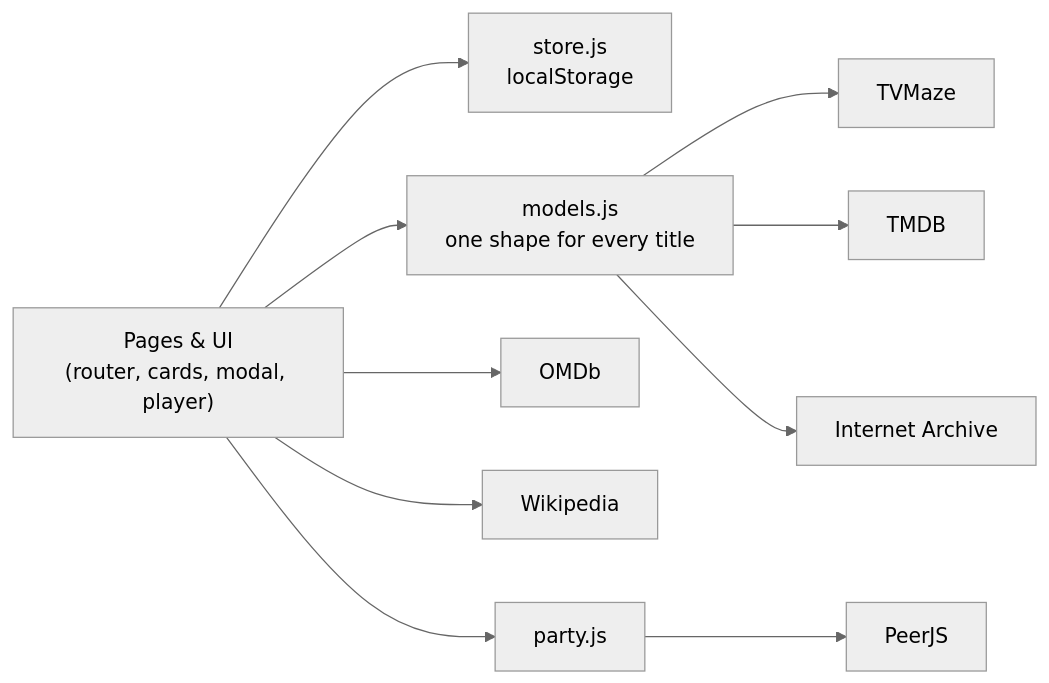
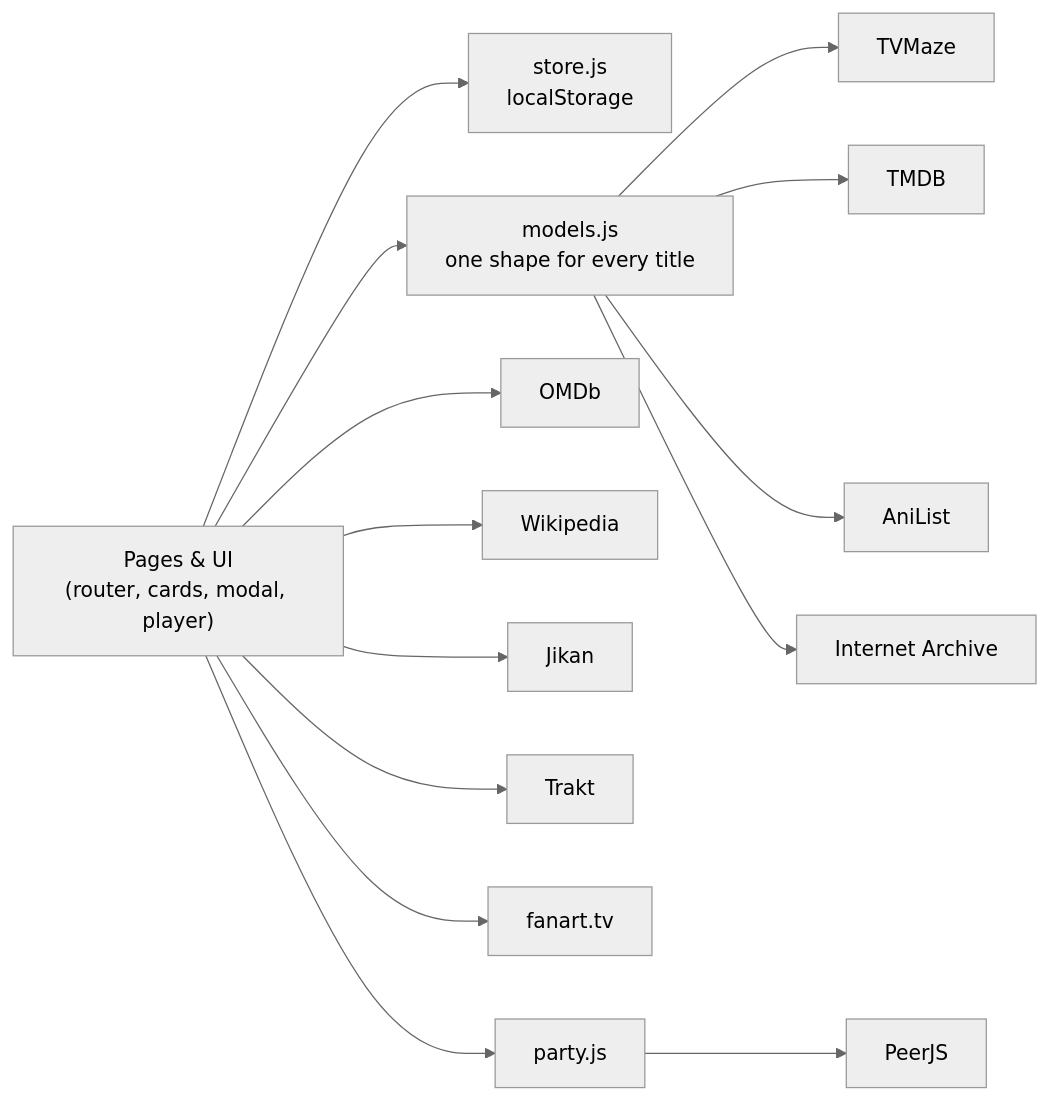
The diagram in README.md (ammara-tech/myflix), drawn with Mermaid (neutral theme) before and after one commit. The commit also changed other lines of this file and 21 other files, not shown here.

First line of the commit message:
Add Anime page (AniList + Jikan), Trakt trending rows, fanart.tv logos

````diff
--- a/README.md
+++ b/README.md
@@ -125,8 +142,8 @@
 ```mermaid
 flowchart LR
     UI["Pages & UI<br/>(router, cards, modal, player)"] --> Store["store.js<br/>localStorage"]
     UI --> Models["models.js<br/>one shape for every title"]
-    Models --> TVMaze & TMDB & Archive["Internet Archive"]
-    UI --> OMDb & Wiki["Wikipedia"]
+    Models --> TVMaze & TMDB & AniList & Archive["Internet Archive"]
+    UI --> OMDb & Wiki["Wikipedia"] & Jikan & Trakt & Fanart["fanart.tv"]
     UI --> Party["party.js"] --> PeerJS
 ```
````
